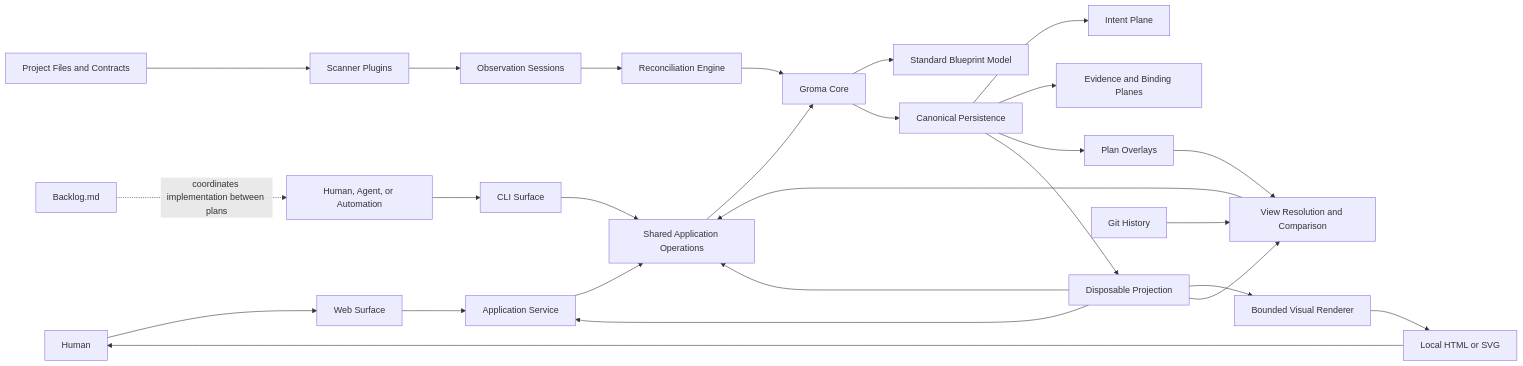
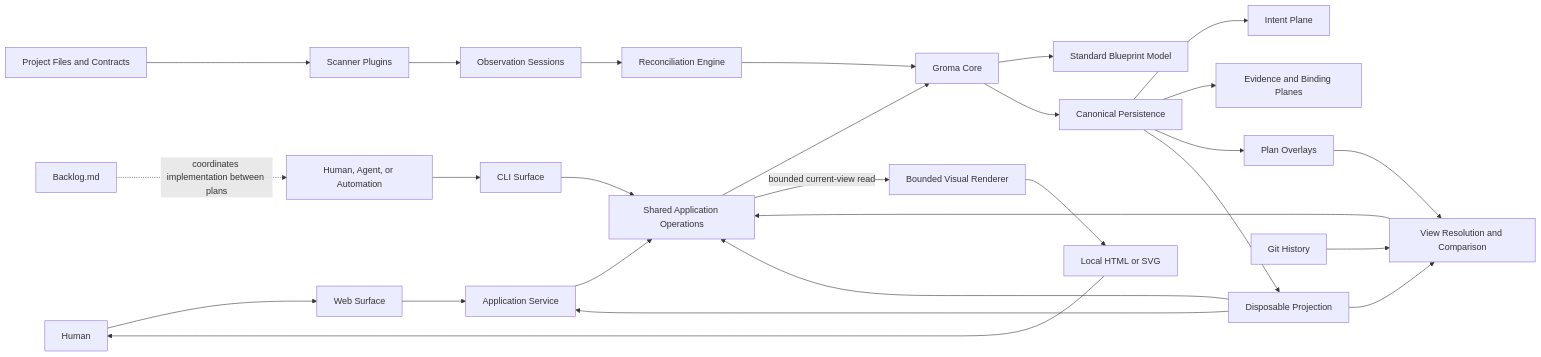
One commit to MrLesk/Groma.md changed the first of 3 diagrams in ARCHITECTURE.md. Above: the diagram before and after it, drawn with Mermaid. The commit also changed other lines of this file and 7 other files, not shown here.

````diff
--- a/ARCHITECTURE.md
+++ b/ARCHITECTURE.md
@@ -146,36 +146,36 @@
 ```mermaid
 flowchart LR
     Human["Human"] --> Web["Web Surface"]
     Actor["Human, Agent, or Automation"] --> CLI["CLI Surface"]
 
     Web --> Service["Application Service"]
     CLI --> Operations["Shared Application Operations"]
     Service --> Operations
 
     Project["Project Files and Contracts"] --> Scanner["Scanner Plugins"]
     Scanner --> Sessions["Observation Sessions"]
     Sessions --> Reconciler["Reconciliation Engine"]
 
     Operations --> Core["Groma Core"]
     Reconciler --> Core
     Core --> Model["Standard Blueprint Model"]
 
     Core --> Store["Canonical Persistence"]
     Store --> Intent["Intent Plane"]
     Store --> Evidence["Evidence and Binding Planes"]
     Store --> Plans["Plan Overlays"]
     Store --> Index["Disposable Projection"]
 
     Index --> Operations
     Index --> Service
-    Index --> Renderer["Bounded Visual Renderer"]
+    Operations -->|"bounded current-view read"| Renderer["Bounded Visual Renderer"]
     Renderer --> Artifact["Local HTML or SVG"]
     Artifact --> Human
 
     Git["Git History"] --> Views["View Resolution and Comparison"]
     Plans --> Views
     Index --> Views
     Views --> Operations
 
     Backlog["Backlog.md"] -. "coordinates implementation between plans" .-> Actor
 ```
````
